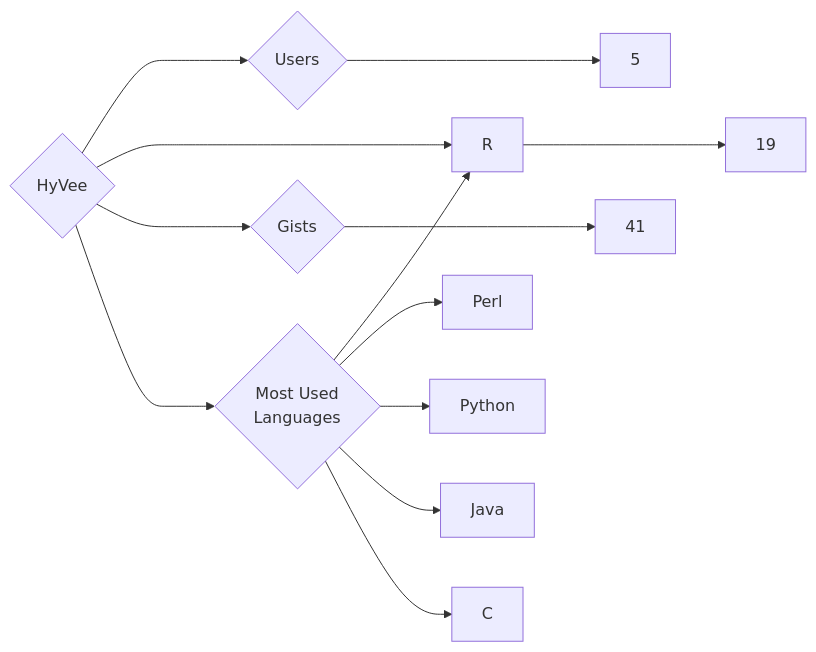
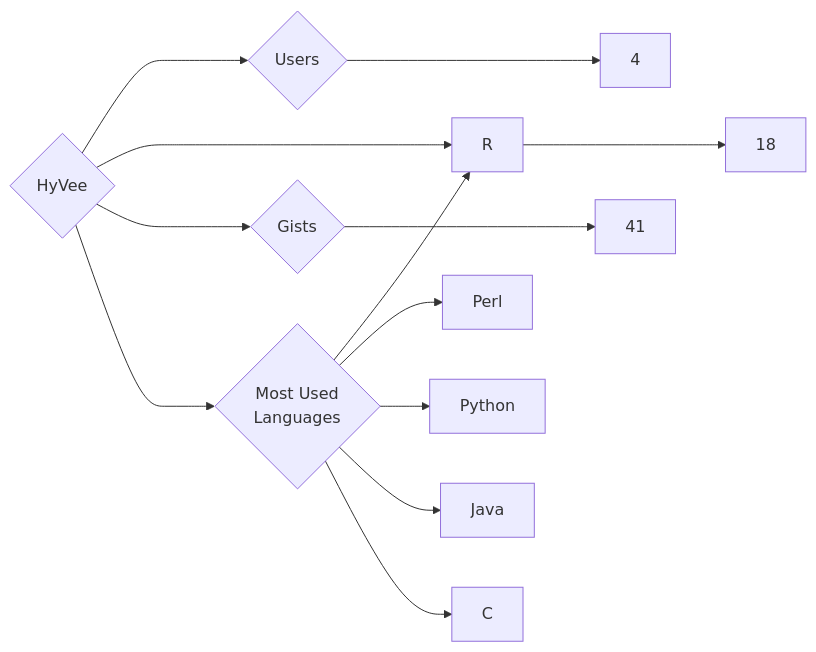
Before and after one commit to trickest/insiders: the diagram in targets/HyVee/README.md, drawn with Mermaid. The commit also changed 997 other files, not shown here.

````diff
--- a/targets/HyVee/README.md
+++ b/targets/HyVee/README.md
@@ -3,13 +3,13 @@
 ```mermaid
 graph LR
 COMPANY_NAME{HyVee}
-COMPANY_NAME ---> U{Users} ---> UN[5]
-COMPANY_NAME ---> R{Repositories} ---> RN[19]
+COMPANY_NAME ---> U{Users} ---> UN[4]
+COMPANY_NAME ---> R{Repositories} ---> RN[18]
 COMPANY_NAME ---> G{Gists} ---> GN[41]
 COMPANY_NAME ---> ML{Most Used<br>Languages}
 ML --> R[R]
 ML --> Perl[Perl]
 ML --> Python[Python]
 ML --> Java[Java]
 ML --> C[C]
 ```
````
